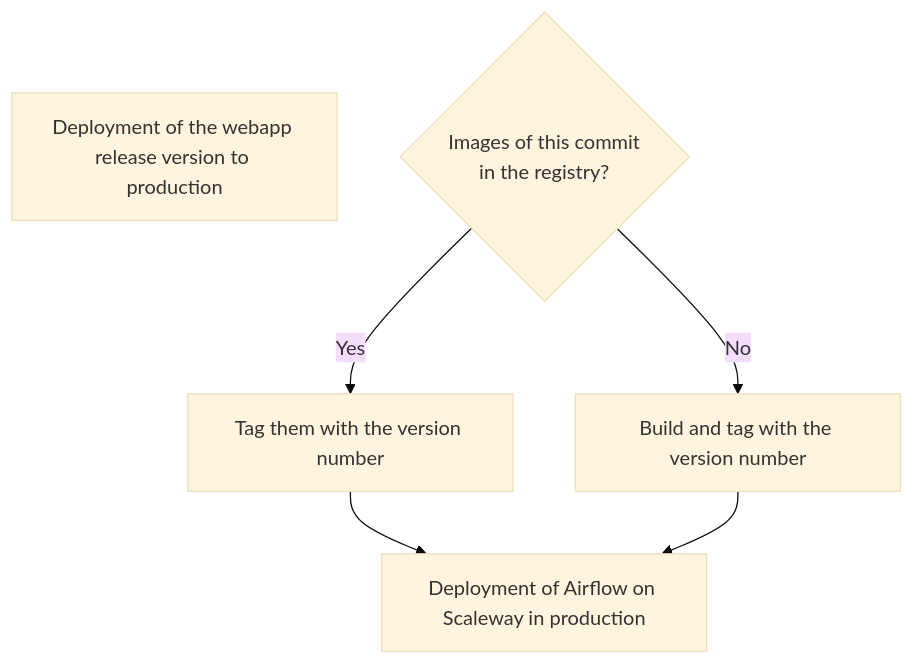
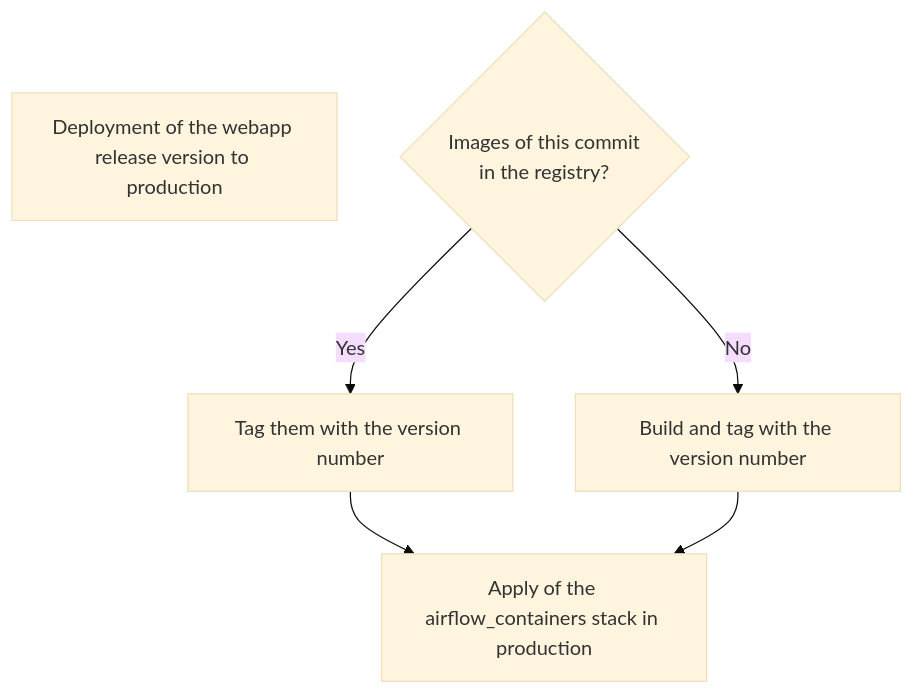
One commit to incubateur-ademe/quefairedemesobjets changed the third of 3 diagrams in docs/reference/infrastructure/ci-cd.md. Above: the diagram before and after it, drawn with Mermaid (base theme). The commit also changed other lines of this file and 16 other files, not shown here.

First line of the commit message:
ci: deploy Airflow and the gateway by applying their Terragrunt stack

````diff
--- a/docs/reference/infrastructure/ci-cd.md
+++ b/docs/reference/infrastructure/ci-cd.md
@@ -85,9 +89,9 @@
 ```mermaid
 graph TD
     C[Deployment of the webapp release version to production]
     F{Images of this commit<br/>in the registry?}
     F -->|Yes| R[Tag them with the version number]
     F -->|No| B[Build and tag with the version number]
-    R --> H[Deployment of Airflow on Scaleway in production]
+    R --> H[Apply of the airflow_containers stack in production]
     B --> H
 ```
````
